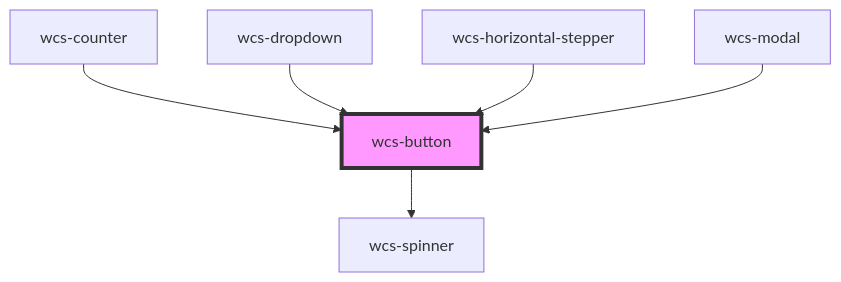
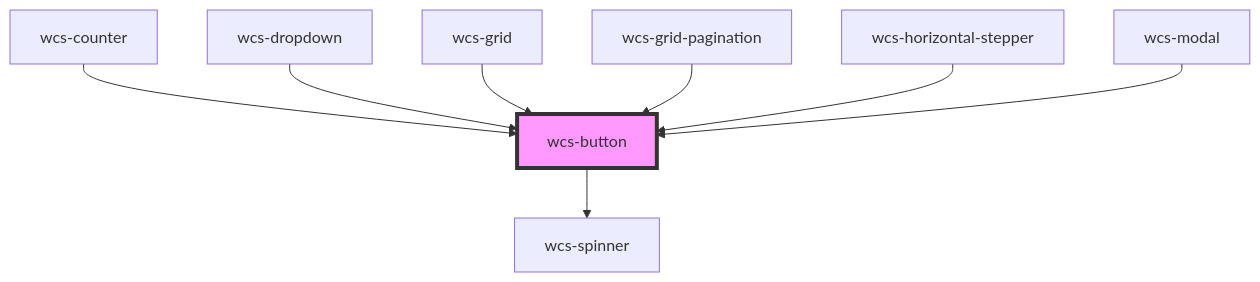
The diagram in src/components/button/readme.md (SNCFdevelopers/wcs), drawn with Mermaid before and after one commit. The commit also changed other lines of this file and 17 other files, not shown here.

````diff
--- a/src/components/button/readme.md
+++ b/src/components/button/readme.md
@@ -47,9 +49,11 @@
 ```mermaid
 graph TD;
   wcs-button --> wcs-spinner
   wcs-counter --> wcs-button
   wcs-dropdown --> wcs-button
+  wcs-grid --> wcs-button
+  wcs-grid-pagination --> wcs-button
   wcs-horizontal-stepper --> wcs-button
   wcs-modal --> wcs-button
   style wcs-button fill:#f9f,stroke:#333,stroke-width:4px
 ```
````
